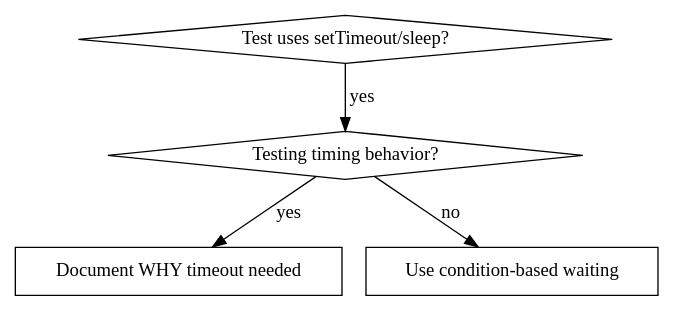
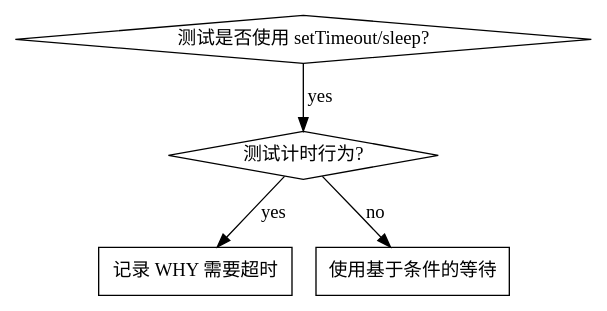
Before and after one commit to obra/superpowers: the diagram in zh-CN/skills/systematic-debugging/condition-based-waiting.md, drawn with Graphviz. The commit also changed 7 other files, not shown here.

````diff
--- a/zh-CN/skills/systematic-debugging/condition-based-waiting.md
+++ b/zh-CN/skills/systematic-debugging/condition-based-waiting.md
@@ -11,12 +11,12 @@
 ```dot
 digraph when_to_use {
-    "Test uses setTimeout/sleep?" [shape=diamond];
-    "Testing timing behavior?" [shape=diamond];
-    "Document WHY timeout needed" [shape=box];
-    "Use condition-based waiting" [shape=box];
+    "测试是否使用 setTimeout/sleep?" [shape=diamond];
+    "测试计时行为?" [shape=diamond];
+    "记录 WHY 需要超时" [shape=box];
+    "使用基于条件的等待" [shape=box];
 
-    "Test uses setTimeout/sleep?" -> "Testing timing behavior?" [label="yes"];
-    "Testing timing behavior?" -> "Document WHY timeout needed" [label="yes"];
-    "Testing timing behavior?" -> "Use condition-based waiting" [label="no"];
+    "测试是否使用 setTimeout/sleep?" -> "测试计时行为?" [label="yes"];
+    "测试计时行为?" -> "记录 WHY 需要超时" [label="yes"];
+    "测试计时行为?" -> "使用基于条件的等待" [label="no"];
 }
 ```
````
